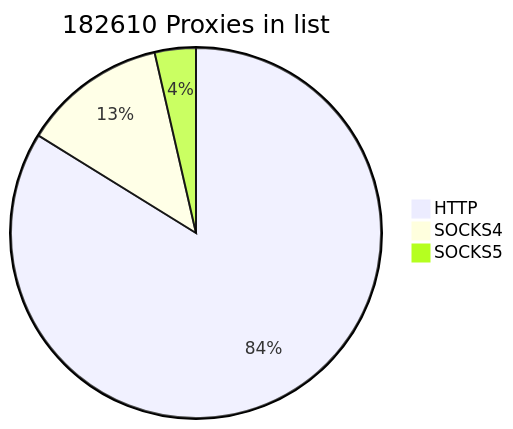
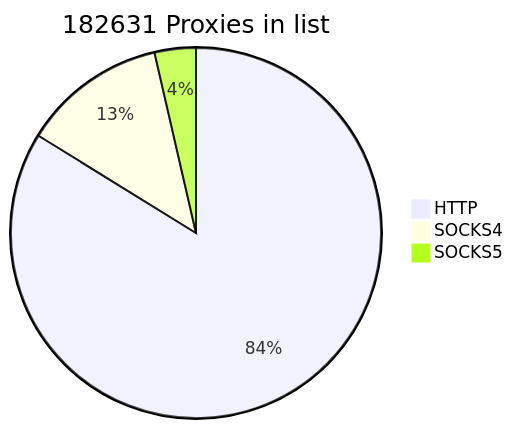
Before and after one commit to cutipu/proxylist: the first of 2 diagrams in README.md, drawn with Mermaid. The commit also changed other lines of this file, not shown here.

````diff
--- a/README.md
+++ b/README.md
@@ -2,7 +2,7 @@
 ```mermaid
-pie title 182610 Proxies in list
+pie title 182631 Proxies in list
     "HTTP" : 153060
-    "SOCKS4" : 22995
-    "SOCKS5" : 6555
+    "SOCKS4" : 22993
+    "SOCKS5" : 6578
             
 ```
````
